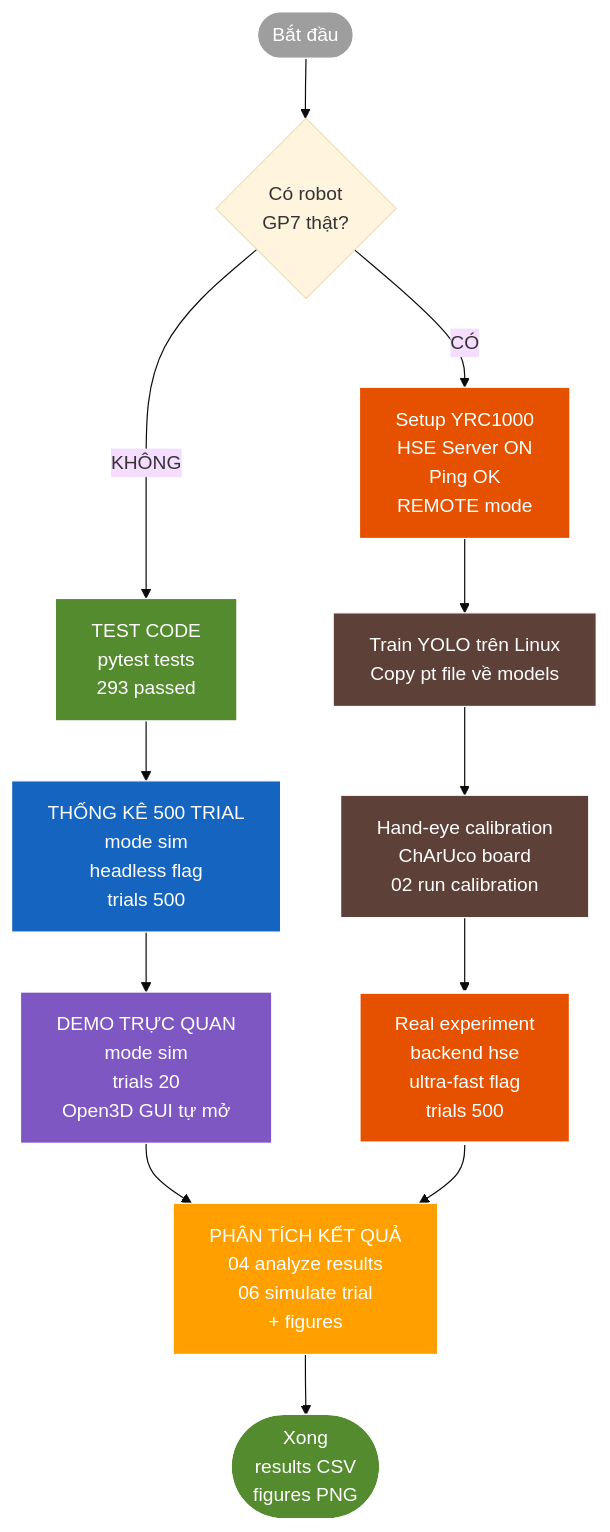
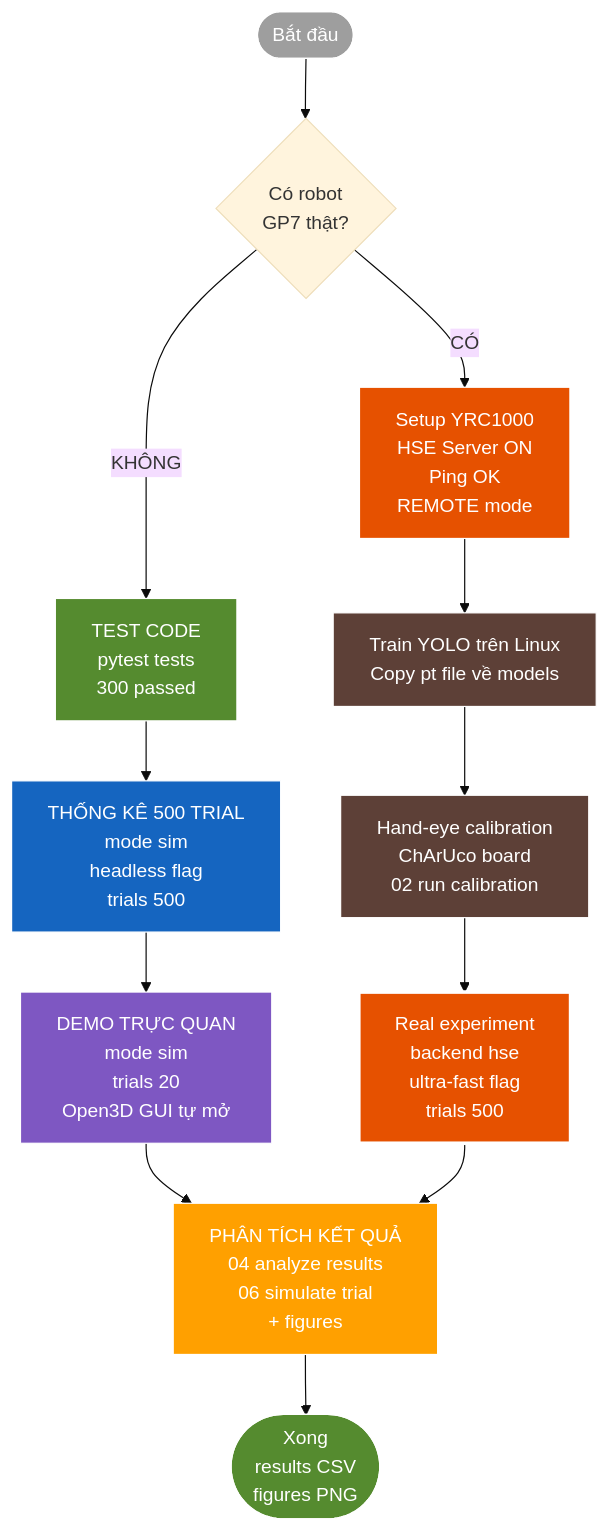
One commit to manhhv87/DTwinGP7 changed the third of 3 diagrams in docs/HUONG_DAN_SU_DUNG.md. Above: the diagram before and after it, drawn with Mermaid (base theme). The commit also changed other lines of this file and 45 other files, not shown here.

````diff
--- a/docs/HUONG_DAN_SU_DUNG.md
+++ b/docs/HUONG_DAN_SU_DUNG.md
@@ -432,30 +527,30 @@
 ```mermaid
 flowchart TB
     START([Bắt đầu]) --> Q1{Có robot<br/>GP7 thật?}
 
     %% ─── Path KHÔNG (sim only) ───
-    Q1 -->|KHÔNG| TEST[TEST CODE<br/>pytest tests<br/>293 passed]
+    Q1 -->|KHÔNG| TEST[TEST CODE<br/>pytest tests<br/>300 passed]
     TEST --> STATS[THỐNG KÊ 500 TRIAL<br/>mode sim<br/>headless flag<br/>trials 500]
     STATS --> DEMO[DEMO TRỰC QUAN<br/>mode sim<br/>trials 20<br/>Open3D GUI tự mở]
     DEMO --> ANALYZE[PHÂN TÍCH KẾT QUẢ<br/>04 analyze results<br/>06 simulate trial<br/>+ figures]
 
     %% ─── Path CÓ (real robot) ───
     Q1 -->|CÓ| SETUP[Setup YRC1000<br/>HSE Server ON<br/>Ping OK<br/>REMOTE mode]
     SETUP --> TRAIN[Train YOLO trên Linux<br/>Copy pt file về models]
     TRAIN --> CALIB[Hand-eye calibration<br/>ChArUco board<br/>02 run calibration]
     CALIB --> REAL[Real experiment<br/>backend hse<br/>ultra-fast flag<br/>trials 500]
     REAL --> ANALYZE
 
     ANALYZE --> END([Xong<br/>results CSV<br/>figures PNG])
 
     style START fill:#9E9E9E,stroke:#fff,color:#fff
     style TEST fill:#558B2F,stroke:#fff,color:#fff
     style STATS fill:#1565C0,stroke:#fff,color:#fff
     style DEMO fill:#7E57C2,stroke:#fff,color:#fff
     style SETUP fill:#E65100,stroke:#fff,color:#fff
     style TRAIN fill:#5D4037,stroke:#fff,color:#fff
     style CALIB fill:#5D4037,stroke:#fff,color:#fff
     style REAL fill:#E65100,stroke:#fff,stroke-width:3px,color:#fff
     style ANALYZE fill:#FFA000,stroke:#fff,color:#fff
     style END fill:#558B2F,stroke:#fff,color:#fff
 ```
````
